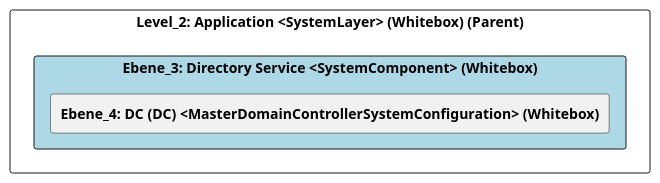
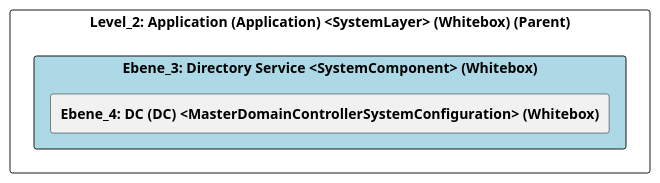
The diagram in src/cleon.architecturemethods.arc42.sample/doc/cleon_architecturemethods_arc42_sample_system/adoc/de/05_bausteinsicht/ikt/application/directory_service/ebene_3_directory_service.adoc (marcozwyssig/cleon), drawn with PlantUML before and after one commit. The commit also changed other lines of this file and 166 other files, not shown here.

```diff
--- a/src/cleon.architecturemethods.arc42.sample/doc/cleon_architecturemethods_arc42_sample_system/adoc/de/05_bausteinsicht/ikt/application/directory_service/ebene_3_directory_service.adoc
+++ b/src/cleon.architecturemethods.arc42.sample/doc/cleon_architecturemethods_arc42_sample_system/adoc/de/05_bausteinsicht/ikt/application/directory_service/ebene_3_directory_service.adoc
@@ -24,26 +24,26 @@
 [plantuml, Ebene_3: Directory Service <SystemComponent> (Whitebox)BlockOverview, format="svg"]
 ----
 @startuml Ebene_3: Directory Service <SystemComponent> (Whitebox)BuildingBlockOverview
 
 skinparam ranksep 10
 skinparam componentStyle rectangle
 skinparam shadowing false
 skinparam arrowColor lightblue
 skinparam arrowThickness 1.2
 skinparam rectangle {
   BackgroundColor White
   BorderColor #333
   RoundCorner 10
 }
 top to bottom direction
 
-component "Level_2: Application <SystemLayer> (Whitebox) (Parent)" {
+component "Level_2: Application (Application) <SystemLayer> (Whitebox) (Parent)" {
     component "Ebene_3: Directory Service <SystemComponent> (Whitebox)" #lightblue {
         [**Ebene_4: DC (DC) <MasterDomainControllerSystemConfiguration> (Whitebox)**] as 8C664CF7_219A_11F0_83AE_DF5418A109A4
     }
 
     
 }
 
 @enduml
 ----
```
